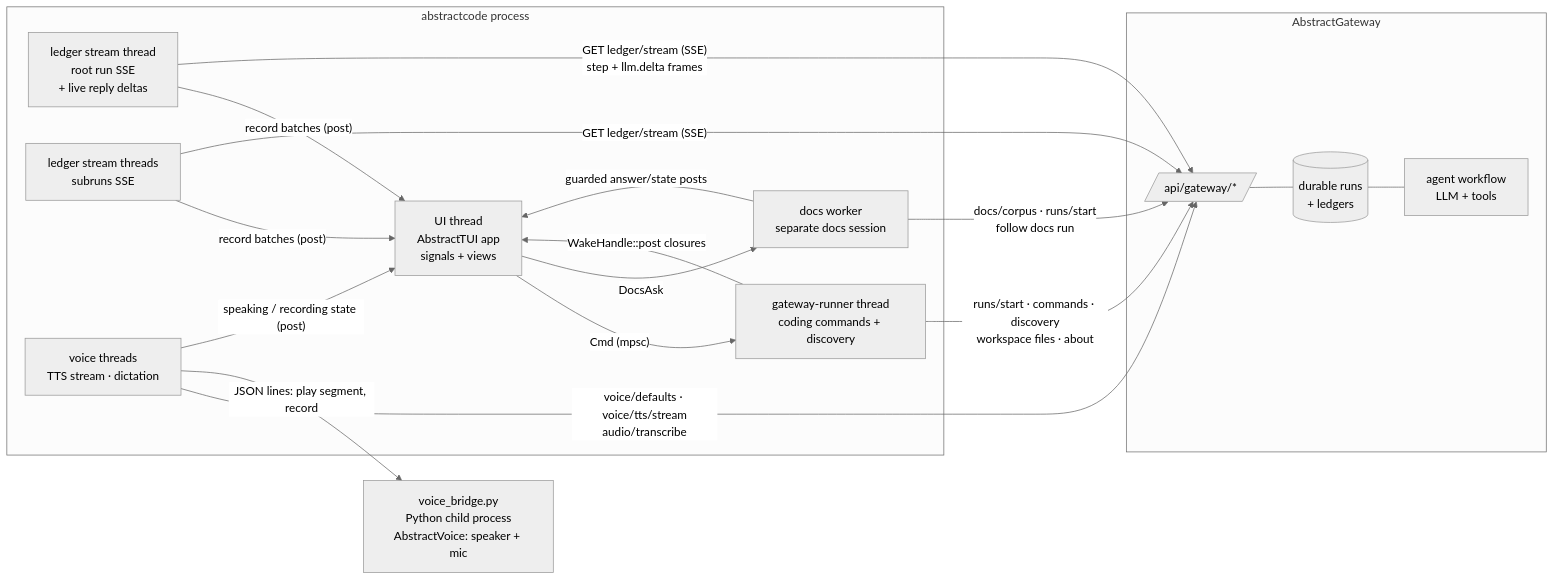
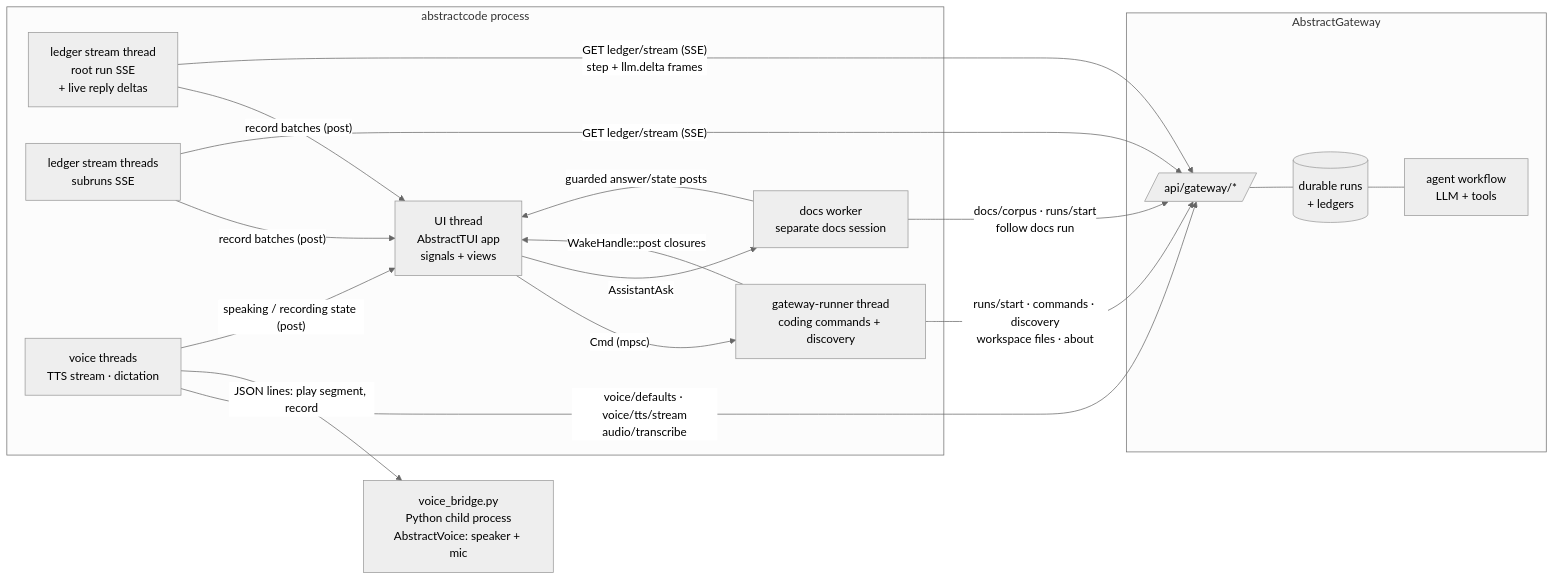
Before and after one commit to lpalbou/AbstractCode: the first of 4 diagrams in tui/docs/architecture.md, drawn with Mermaid (neutral theme). The commit also changed other lines of this file and 21 other files, not shown here.

````diff
--- a/tui/docs/architecture.md
+++ b/tui/docs/architecture.md
@@ -11,32 +11,32 @@
 ```mermaid
 flowchart LR
   subgraph terminal [abstractcode process]
     UI[UI thread<br/>AbstractTUI app<br/>signals + views]
     W[gateway-runner thread<br/>coding commands + discovery]
     S1[ledger stream thread<br/>root run SSE<br/>+ live reply deltas]
     S2[ledger stream threads<br/>subruns SSE]
     D[docs worker<br/>separate docs session]
     V[voice threads<br/>TTS stream · dictation]
   end
   BR[voice_bridge.py<br/>Python child process<br/>AbstractVoice: speaker + mic]
   subgraph gw [AbstractGateway]
     API[/api/gateway/*/]
     RUNS[(durable runs<br/>+ ledgers)]
     AGENT[agent workflow<br/>LLM + tools]
   end
   UI -- "Cmd (mpsc)" --> W
   W -- "WakeHandle::post closures" --> UI
   S1 -- "record batches (post)" --> UI
   S2 -- "record batches (post)" --> UI
   W -- "runs/start · commands · discovery<br/>workspace files · about" --> API
   S1 -- "GET ledger/stream (SSE)<br/>step + llm.delta frames" --> API
   S2 -- "GET ledger/stream (SSE)" --> API
-  UI -- "DocsAsk" --> D
+  UI -- "AssistantAsk" --> D
   D -- "docs/corpus · runs/start<br/>follow docs run" --> API
   D -- "guarded answer/state posts" --> UI
   V -- "voice/defaults · voice/tts/stream<br/>audio/transcribe" --> API
   V -- "JSON lines: play segment, record" --> BR
   V -- "speaking / recording state (post)" --> UI
   API --- RUNS
   RUNS --- AGENT
 ```
````
